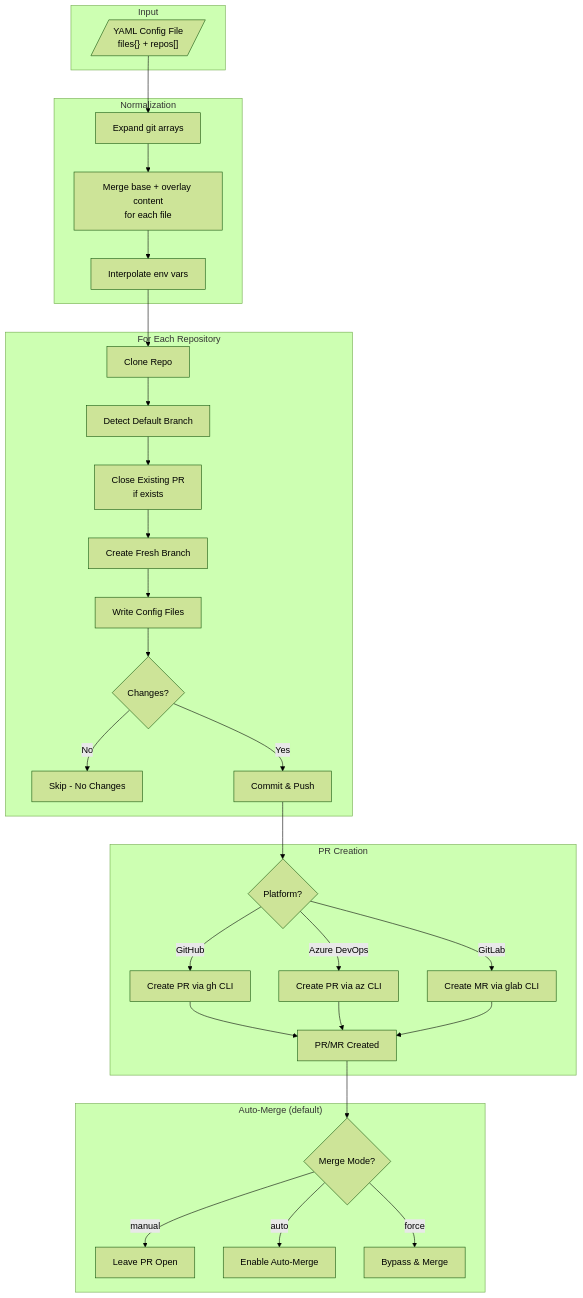
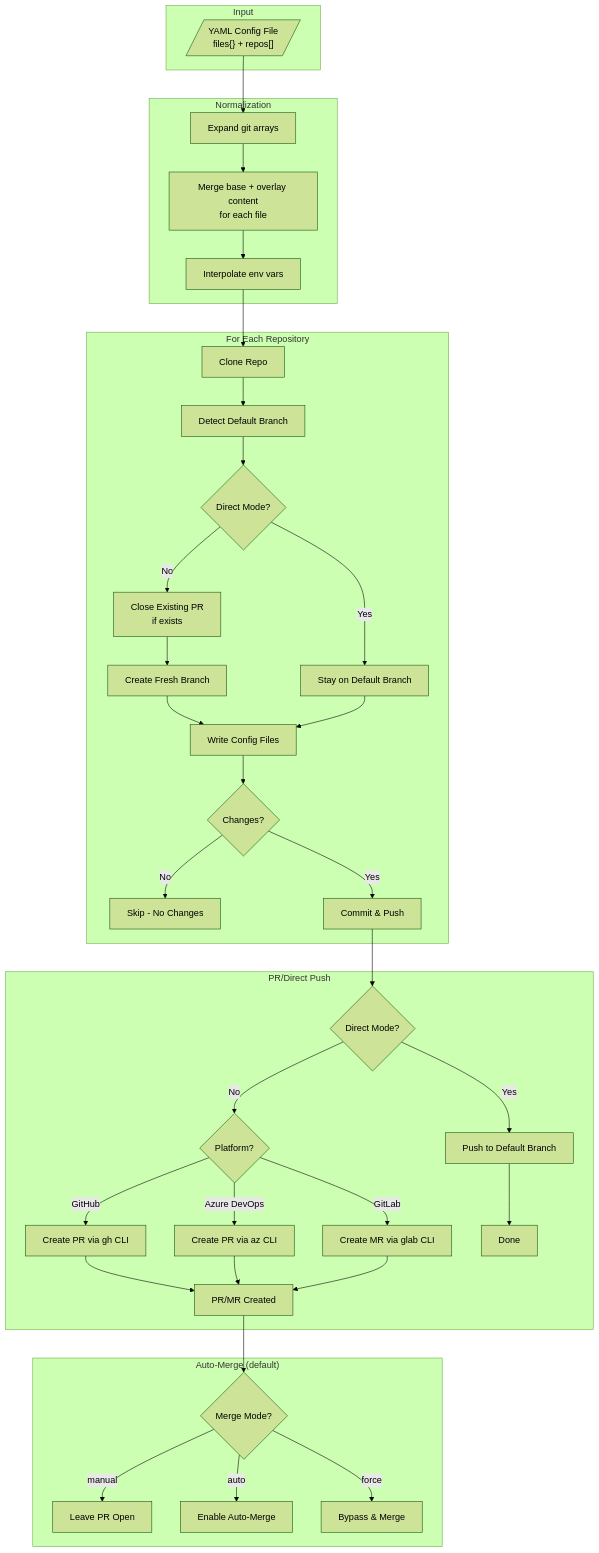
One commit to anthony-spruyt/xfg changed the diagram in docs/index.md. Above: the diagram before and after it, drawn with Mermaid (forest theme). The commit also changed other lines of this file and 20 other files, not shown here.

First line of the commit message:
feat: add direct merge mode for pushing without PR (#134) (#150)

````diff
--- a/docs/index.md
+++ b/docs/index.md
@@ -69,41 +65,47 @@
 ```mermaid
 flowchart TB
     subgraph Input
         YAML[/"YAML Config File<br/>files{} + repos[]"/]
     end
 
     subgraph Normalization
         EXPAND[Expand git arrays] --> MERGE[Merge base + overlay content<br/>for each file]
         MERGE --> ENV[Interpolate env vars]
     end
 
     subgraph Processing["For Each Repository"]
         CLONE[Clone Repo] --> DETECT_BRANCH[Detect Default Branch]
-        DETECT_BRANCH --> CLOSE_PR[Close Existing PR<br/>if exists]
+        DETECT_BRANCH --> MODE_CHECK{Direct Mode?}
+        MODE_CHECK -->|No| CLOSE_PR[Close Existing PR<br/>if exists]
         CLOSE_PR --> BRANCH[Create Fresh Branch]
+        MODE_CHECK -->|Yes| STAY[Stay on Default Branch]
         BRANCH --> WRITE[Write Config Files]
+        STAY --> WRITE
         WRITE --> CHECK{Changes?}
         CHECK -->|No| SKIP[Skip - No Changes]
         CHECK -->|Yes| COMMIT[Commit & Push]
     end
 
-    subgraph Platform["PR Creation"]
-        COMMIT --> PR_DETECT{Platform?}
+    subgraph Platform["PR/Direct Push"]
+        COMMIT --> DIRECT_CHECK{Direct Mode?}
+        DIRECT_CHECK -->|Yes| DIRECT_PUSH[Push to Default Branch]
+        DIRECT_CHECK -->|No| PR_DETECT{Platform?}
         PR_DETECT -->|GitHub| GH_PR[Create PR via gh CLI]
         PR_DETECT -->|Azure DevOps| AZ_PR[Create PR via az CLI]
         PR_DETECT -->|GitLab| GL_PR[Create MR via glab CLI]
         GH_PR --> PR_CREATED[PR/MR Created]
         AZ_PR --> PR_CREATED
         GL_PR --> PR_CREATED
+        DIRECT_PUSH --> DONE[Done]
     end
 
     subgraph AutoMerge["Auto-Merge (default)"]
         PR_CREATED --> MERGE_MODE{Merge Mode?}
         MERGE_MODE -->|manual| OPEN[Leave PR Open]
         MERGE_MODE -->|auto| AUTO[Enable Auto-Merge]
         MERGE_MODE -->|force| FORCE[Bypass & Merge]
     end
 
     YAML --> EXPAND
     ENV --> CLONE
 ```
````
